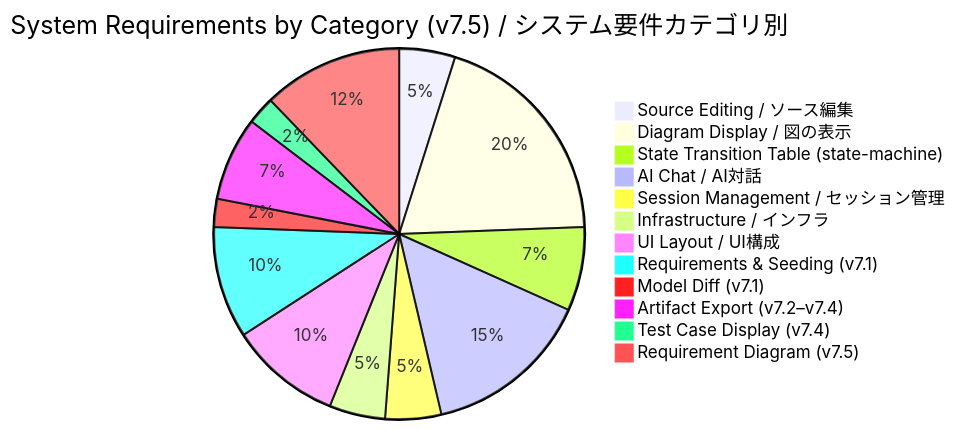
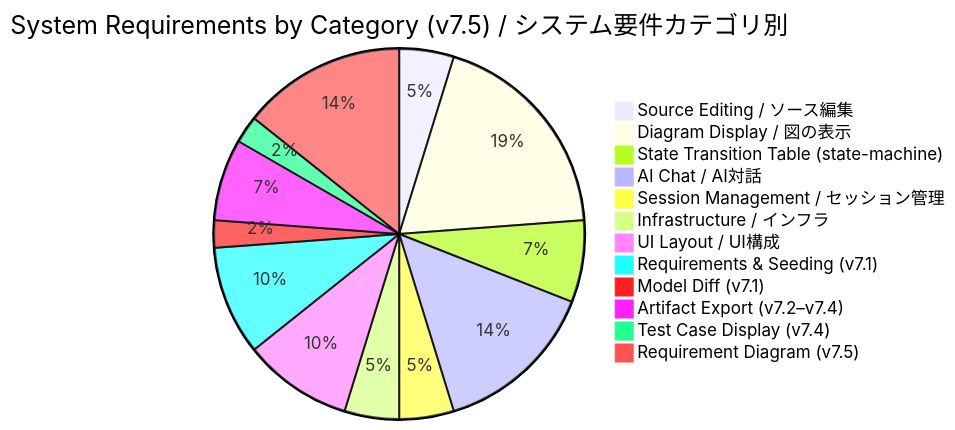
Before and after one commit to sho1884/ModelLogue: the second of 2 diagrams in Doc/Traceability.md, drawn with Mermaid. The commit also changed other lines of this file and 6 other files, not shown here.

First line of the commit message:
Add ADR-014: soft-delete with reason as evidence — requirement diagram

````diff
--- a/Doc/Traceability.md
+++ b/Doc/Traceability.md
@@ -252,15 +255,15 @@
 ```mermaid
 pie title System Requirements by Category (v7.5) / システム要件カテゴリ別
     "Source Editing / ソース編集" : 2
     "Diagram Display / 図の表示" : 8
     "State Transition Table (state-machine)" : 3
     "AI Chat / AI対話" : 6
     "Session Management / セッション管理" : 2
     "Infrastructure / インフラ" : 2
     "UI Layout / UI構成" : 4
     "Requirements & Seeding (v7.1)" : 4
     "Model Diff (v7.1)" : 1
     "Artifact Export (v7.2–v7.4)" : 3
     "Test Case Display (v7.4)" : 1
-    "Requirement Diagram (v7.5)" : 5
+    "Requirement Diagram (v7.5)" : 6
 ```
````
